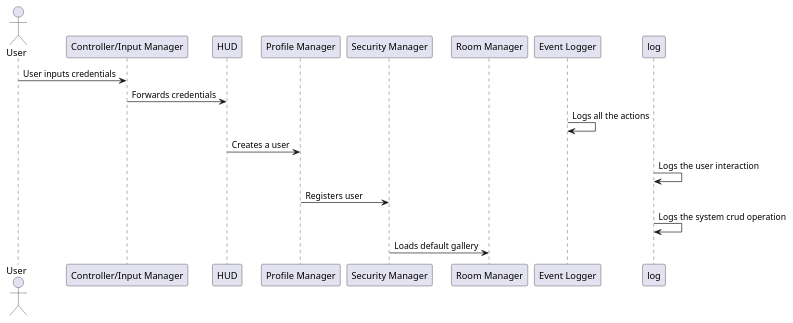
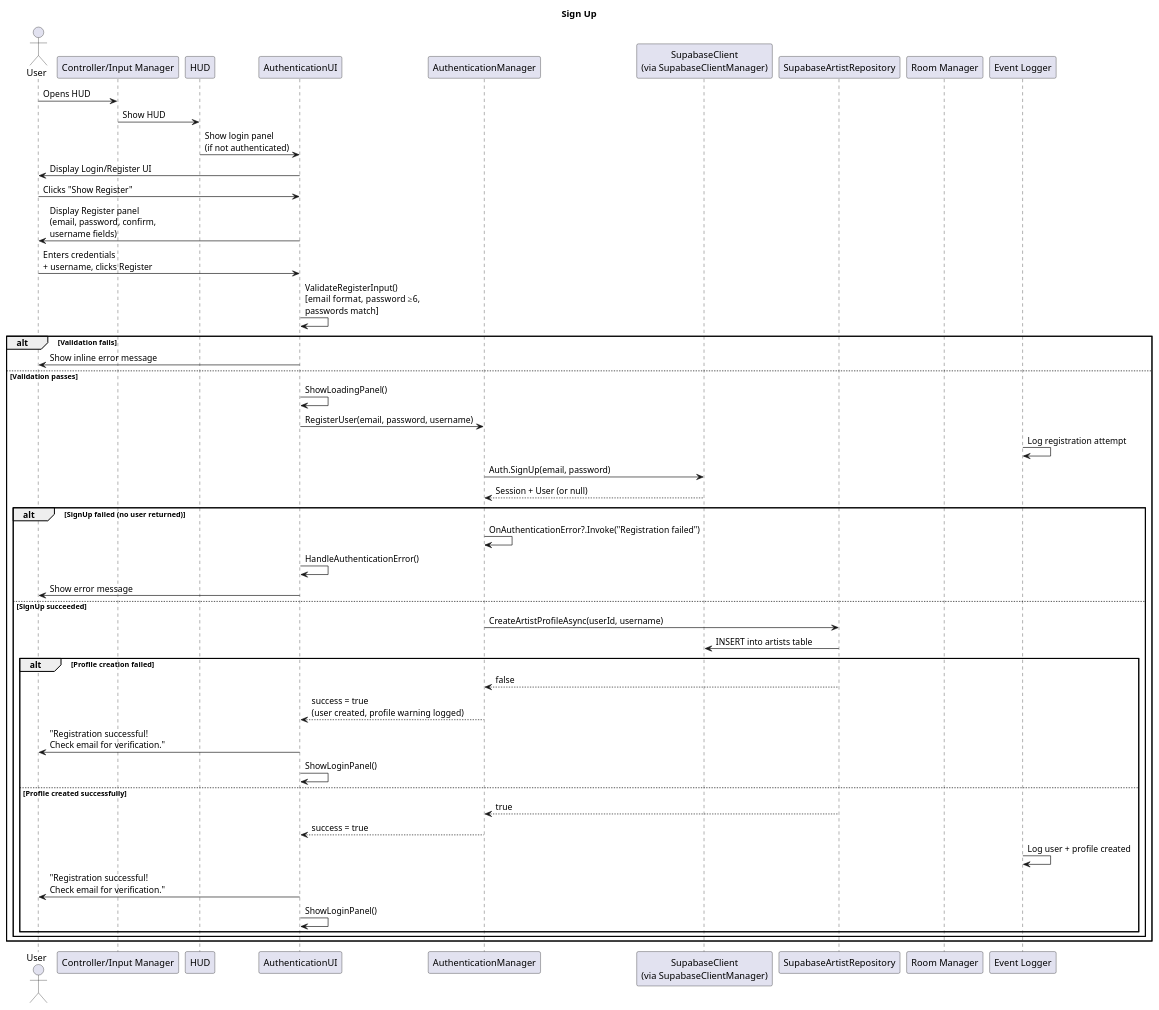
Before and after one commit to World-Domination-Plan/Project_X: the diagram in uml/sequence diagrams/Sign_Up/uml.puml, drawn with PlantUML. The commit also changed 21 other files, not shown here.

```diff
--- a/uml/sequence diagrams/Sign_Up/uml.puml
+++ b/uml/sequence diagrams/Sign_Up/uml.puml
@@ -1,17 +1,57 @@
 @startuml
-actor User
+title Sign Up
+
+actor User as User
 participant "Controller/Input Manager" as Input
 participant "HUD" as HUD
-participant "Profile Manager" as UserMgr
-participant "Security Manager" as Auth
+participant "AuthenticationUI" as AuthUI
+participant "AuthenticationManager" as AuthMgr
+participant "SupabaseClient\n(via SupabaseClientManager)" as Supa
+participant "SupabaseArtistRepository" as ArtistRepo
 participant "Room Manager" as Room
 participant "Event Logger" as Log
-User -> Input : User inputs credentials
-Input -> HUD : Forwards credentials
-Log -> Log : Logs all the actions
-HUD -> UserMgr: Creates a user
-log -> log : Logs the user interaction
-UserMgr -> Auth : Registers user
-log -> log : Logs the system crud operation
-Auth -> Room : Loads default gallery
+
+User -> Input : Opens HUD
+Input -> HUD : Show HUD
+HUD -> AuthUI : Show login panel\n(if not authenticated)
+AuthUI -> User : Display Login/Register UI
+
+User -> AuthUI : Clicks "Show Register"
+AuthUI -> User : Display Register panel\n(email, password, confirm,\nusername fields)
+
+User -> AuthUI : Enters credentials\n+ username, clicks Register
+AuthUI -> AuthUI : ValidateRegisterInput()\n[email format, password ≥6,\npasswords match]
+
+alt Validation fails
+    AuthUI -> User : Show inline error message
+else Validation passes
+    AuthUI -> AuthUI : ShowLoadingPanel()
+    AuthUI -> AuthMgr : RegisterUser(email, password, username)
+    Log -> Log : Log registration attempt
+
+    AuthMgr -> Supa : Auth.SignUp(email, password)
+    Supa --> AuthMgr : Session + User (or null)
+
+    alt SignUp failed (no user returned)
+        AuthMgr -> AuthMgr : OnAuthenticationError?.Invoke("Registration failed")
+        AuthUI -> AuthUI : HandleAuthenticationError()
+        AuthUI -> User : Show error message
+    else SignUp succeeded
+        AuthMgr -> ArtistRepo : CreateArtistProfileAsync(userId, username)
+        ArtistRepo -> Supa : INSERT into artists table
+
+        alt Profile creation failed
+            ArtistRepo --> AuthMgr : false
+            AuthMgr --> AuthUI : success = true\n(user created, profile warning logged)
+            AuthUI -> User : "Registration successful!\nCheck email for verification."
+            AuthUI -> AuthUI : ShowLoginPanel()
+        else Profile created successfully
+            ArtistRepo --> AuthMgr : true
+            AuthMgr --> AuthUI : success = true
+            Log -> Log : Log user + profile created
+            AuthUI -> User : "Registration successful!\nCheck email for verification."
+            AuthUI -> AuthUI : ShowLoginPanel()
+        end
+    end
+end
 @enduml
```
